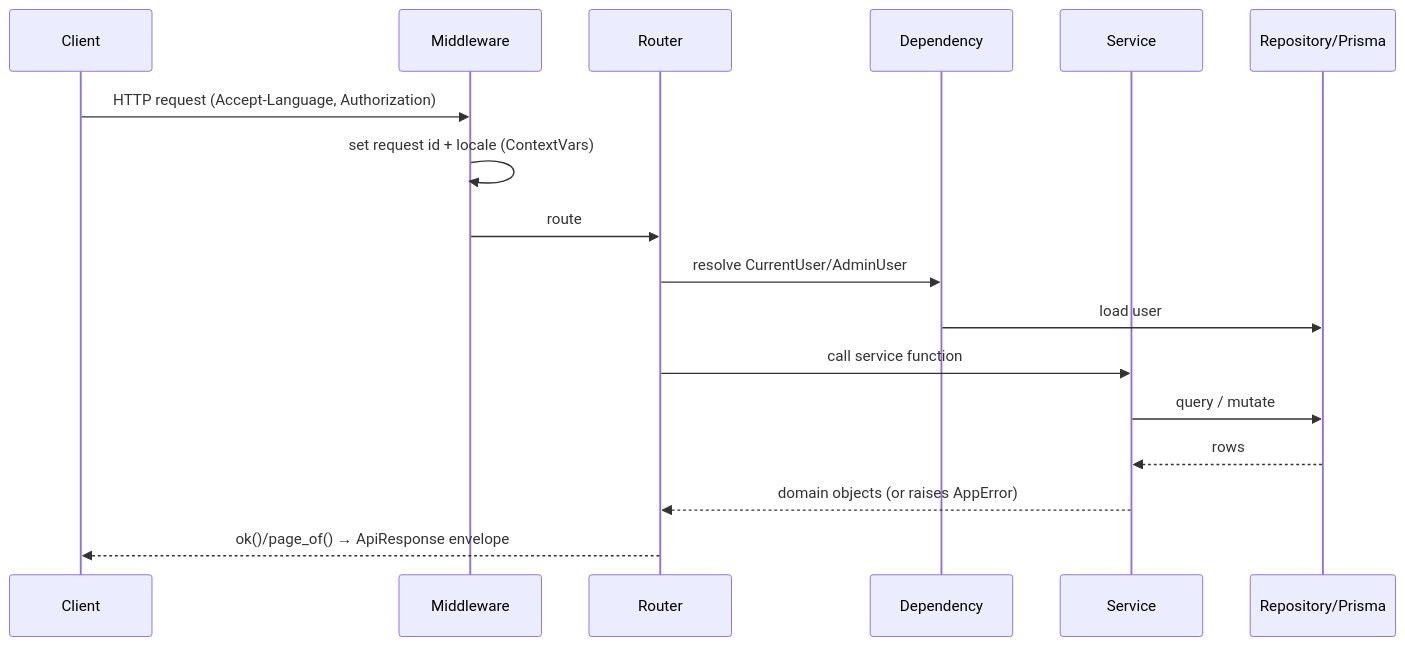
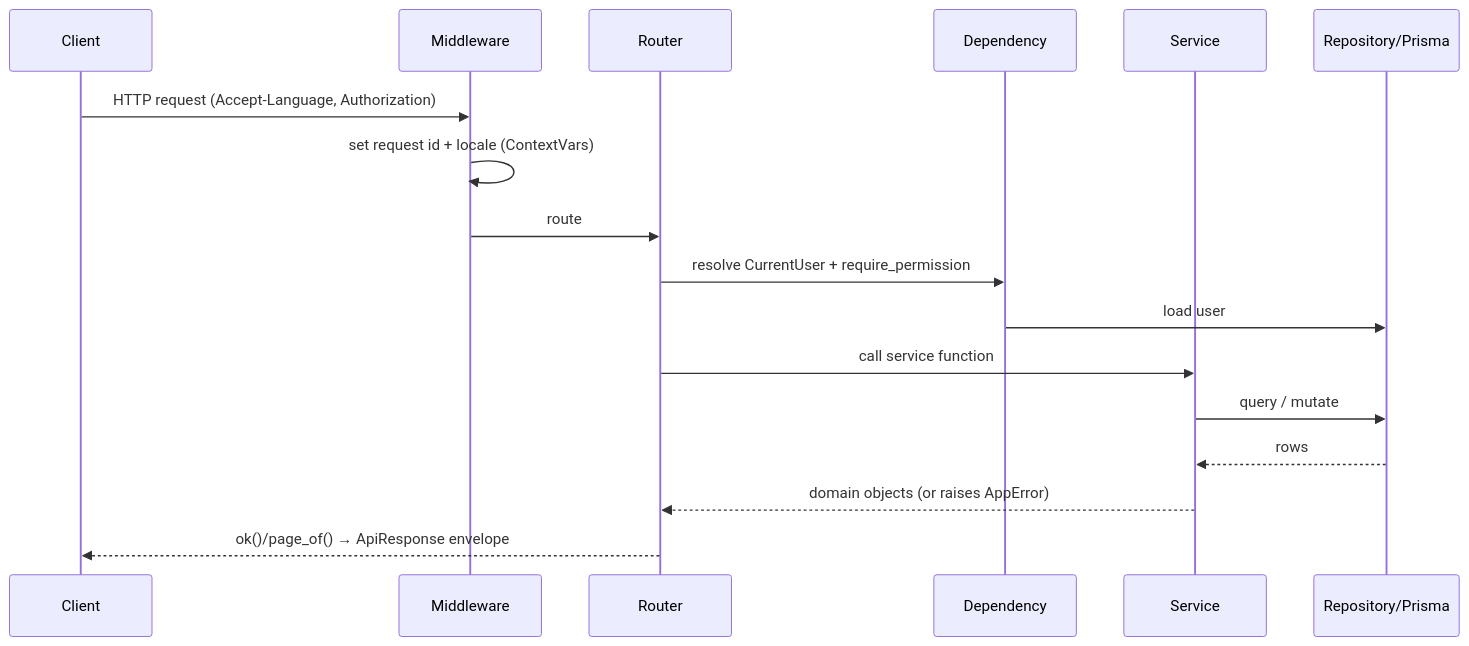
One commit to g-zenr/agentic-python-api-template changed the second of 2 diagrams in docs/02-architecture.md. Above: the diagram before and after it, drawn with Mermaid. The commit also changed 110 other files, not shown here.

````diff
--- a/docs/02-architecture.md
+++ b/docs/02-architecture.md
@@ -40,19 +40,19 @@
 ```mermaid
 sequenceDiagram
     participant C as Client
     participant M as Middleware
     participant R as Router
     participant D as Dependency
     participant S as Service
     participant P as Repository/Prisma
     C->>M: HTTP request (Accept-Language, Authorization)
     M->>M: set request id + locale (ContextVars)
     M->>R: route
-    R->>D: resolve CurrentUser/AdminUser
+    R->>D: resolve CurrentUser + require_permission
     D->>P: load user
     R->>S: call service function
     S->>P: query / mutate
     P-->>S: rows
     S-->>R: domain objects (or raises AppError)
     R-->>C: ok()/page_of() → ApiResponse envelope
 ```
````
